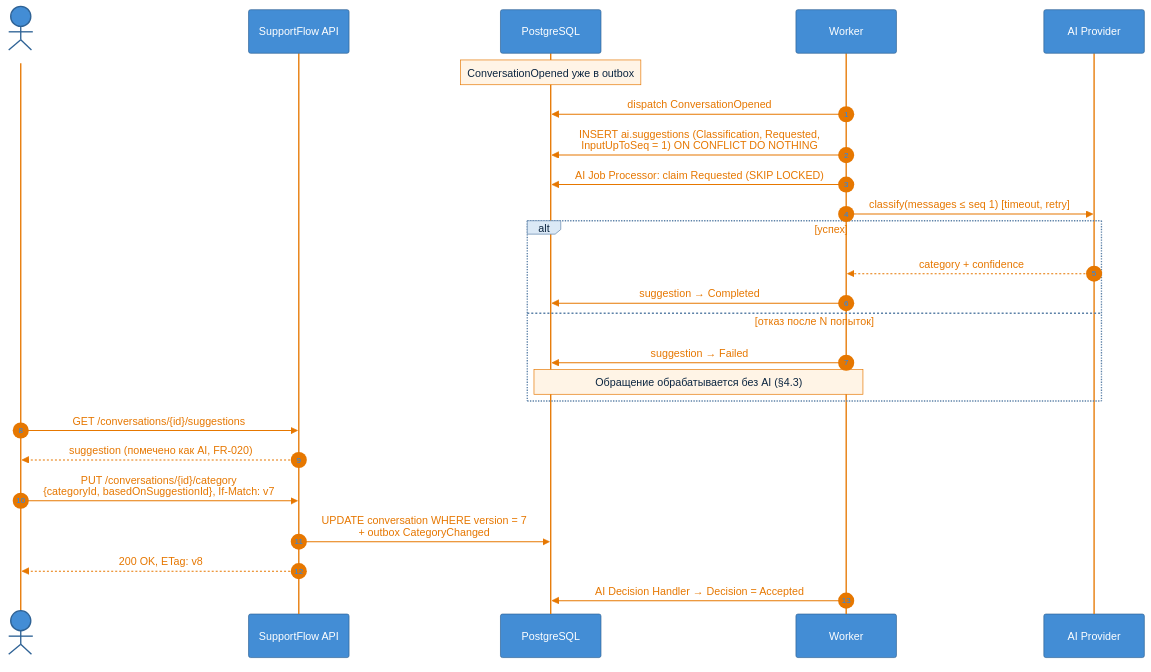
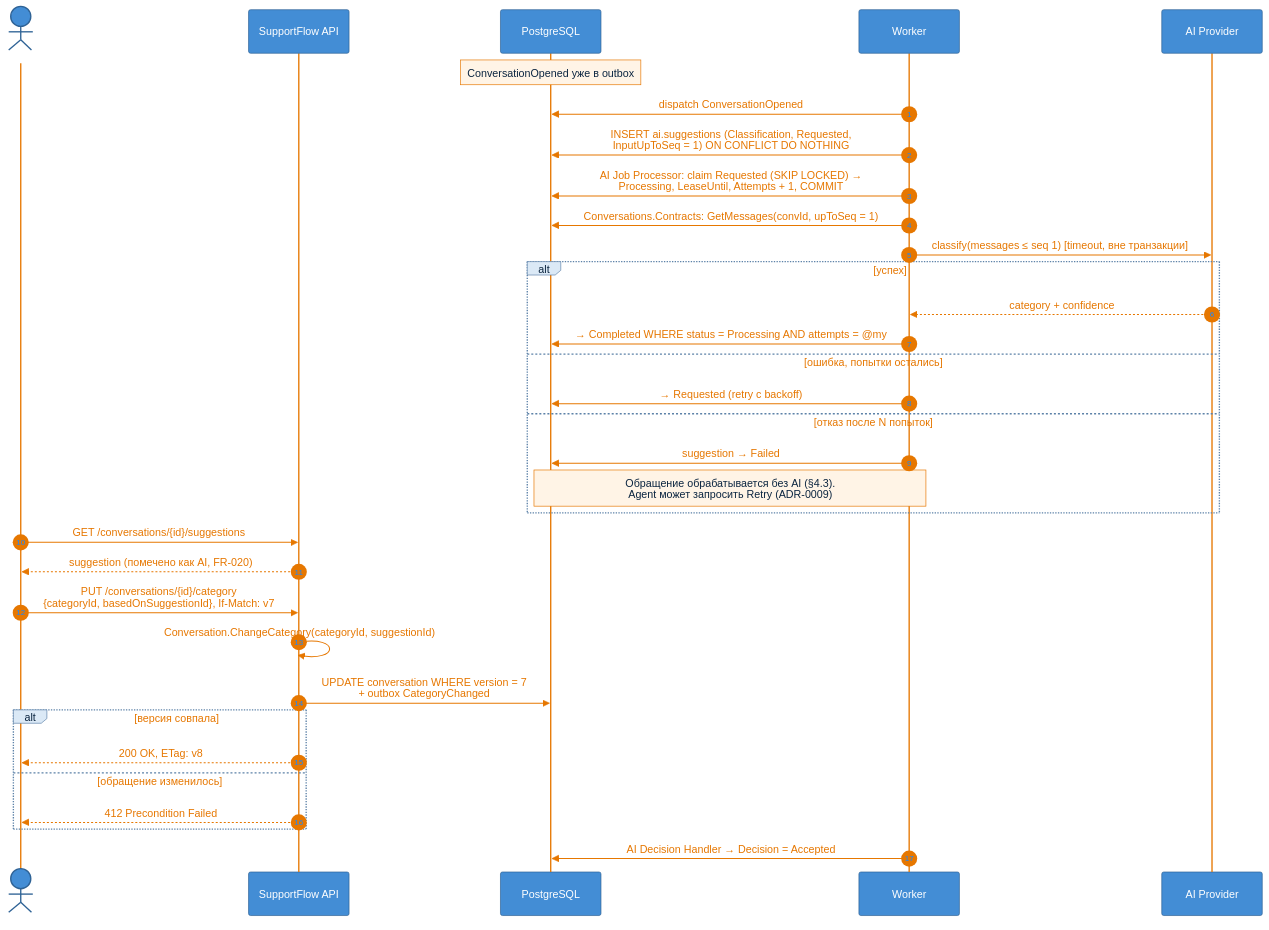
The sixth of 6 diagrams in docs/architecture/components.md (iarel/SupportFlow), drawn with Mermaid before and after one commit. The commit also changed other lines of this file and 15 other files, not shown here.

````diff
--- a/docs/architecture/components.md
+++ b/docs/architecture/components.md
@@ -242,29 +309,37 @@
 ```mermaid
 %%{init: {"theme":"base","themeVariables":{"primaryColor":"#dbe9f6","primaryTextColor":"#0b2540","primaryBorderColor":"#5d82a8","lineColor":"#e67700","secondaryColor":"#dbe9f6","tertiaryColor":"#f1f5fa","clusterBkg":"#f1f5fa","clusterBorder":"#5d82a8","titleColor":"#0b4884","edgeLabelBackground":"#fff4e6","textColor":"#e67700","actorBkg":"#438dd5","actorTextColor":"#ffffff","actorBorder":"#2e6295","actorLineColor":"#e67700","signalColor":"#e67700","signalTextColor":"#e67700","labelBoxBkgColor":"#dbe9f6","labelBoxBorderColor":"#5d82a8","labelTextColor":"#0b2540","loopTextColor":"#e67700","noteBkgColor":"#fff4e6","noteTextColor":"#0b2540","noteBorderColor":"#e67700","activationBkgColor":"#dbe9f6","attributeBackgroundColorOdd":"#ffffff","attributeBackgroundColorEven":"#f1f5fa"}}}%%
 sequenceDiagram
     autonumber
     actor Ag as Agent
     participant API as SupportFlow API
     participant DB as PostgreSQL
     participant W as Worker
     participant AI as AI Provider
 
     Note over DB: ConversationOpened уже в outbox
     W->>DB: dispatch ConversationOpened
     W->>DB: INSERT ai.suggestions (Classification, Requested,<br/>InputUpToSeq = 1) ON CONFLICT DO NOTHING
-    W->>DB: AI Job Processor: claim Requested (SKIP LOCKED)
-    W->>AI: classify(messages ≤ seq 1) [timeout, retry]
+    W->>DB: AI Job Processor: claim Requested (SKIP LOCKED) →<br/>Processing, LeaseUntil, Attempts + 1, COMMIT
+    W->>DB: Conversations.Contracts: GetMessages(convId, upToSeq = 1)
+    W->>AI: classify(messages ≤ seq 1) [timeout, вне транзакции]
     alt успех
         AI-->>W: category + confidence
-        W->>DB: suggestion → Completed
+        W->>DB: → Completed WHERE status = Processing AND attempts = @my
+    else ошибка, попытки остались
+        W->>DB: → Requested (retry с backoff)
     else отказ после N попыток
         W->>DB: suggestion → Failed
-        Note over W,DB: Обращение обрабатывается без AI (§4.3)
+        Note over W,DB: Обращение обрабатывается без AI (§4.3).<br/>Agent может запросить Retry (ADR-0009)
     end
     Ag->>API: GET /conversations/{id}/suggestions
     API-->>Ag: suggestion (помечено как AI, FR-020)
     Ag->>API: PUT /conversations/{id}/category<br/>{categoryId, basedOnSuggestionId}, If-Match: v7
+    API->>API: Conversation.ChangeCategory(categoryId, suggestionId)
     API->>DB: UPDATE conversation WHERE version = 7<br/>+ outbox CategoryChanged
-    API-->>Ag: 200 OK, ETag: v8
+    alt версия совпала
+        API-->>Ag: 200 OK, ETag: v8
+    else обращение изменилось
+        API-->>Ag: 412 Precondition Failed
+    end
     W->>DB: AI Decision Handler → Decision = Accepted
 ```
````
